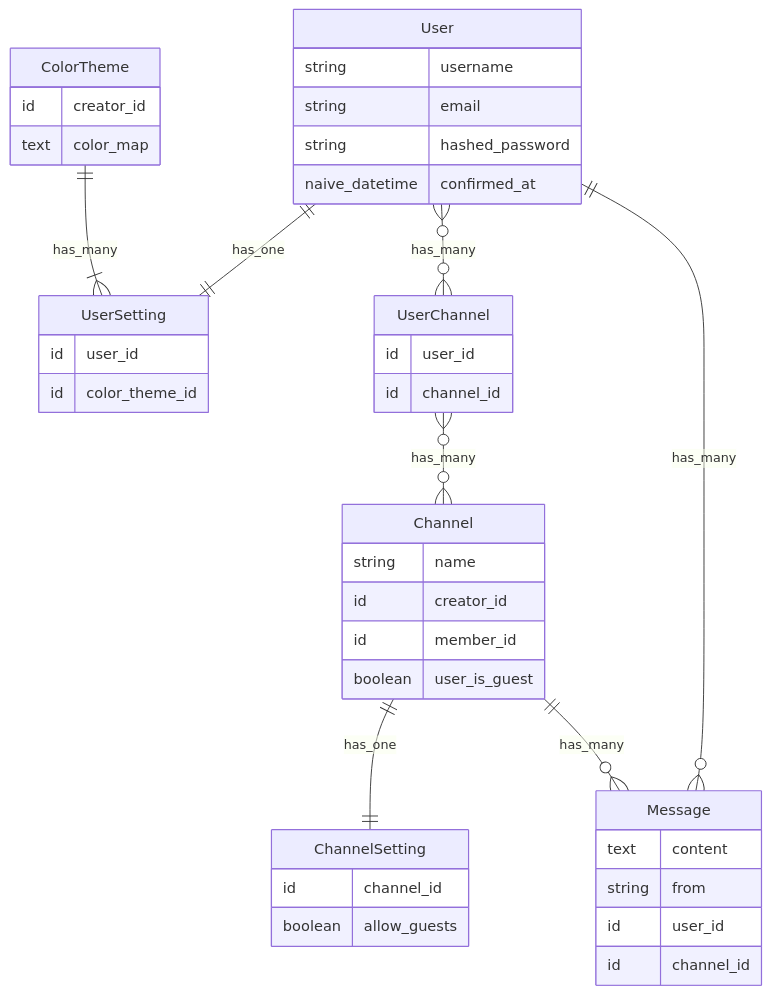
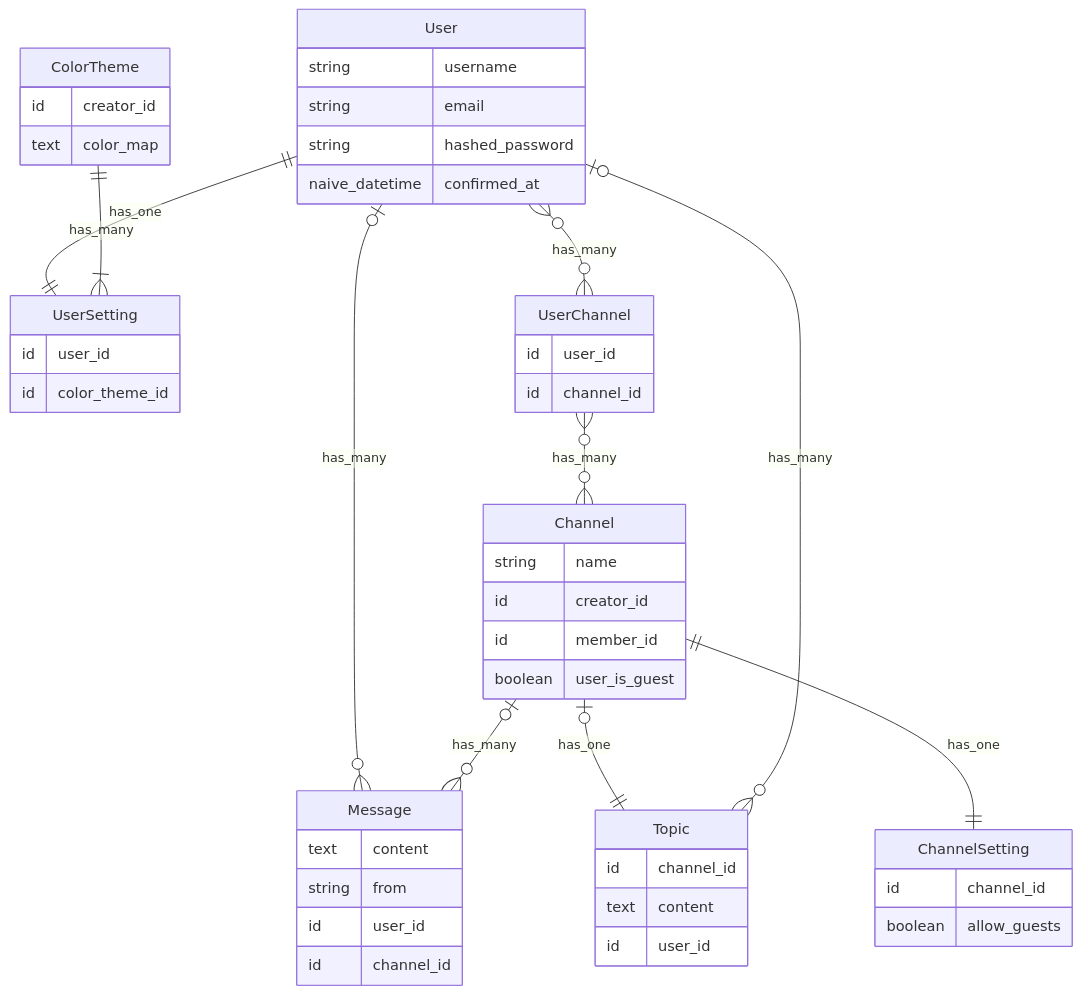
The diagram in README.md (phaleth/weex-chat), drawn with Mermaid before and after one commit.

Commit message:
ERD: Add topics table and make the relationships more loose

````diff
--- a/README.md
+++ b/README.md
@@ -43,52 +43,60 @@
 ```mermaid
 erDiagram
 
 Message {
   text content
   string from
   id user_id
   id channel_id
 }
 
 Channel {
   string name
   id creator_id
   id member_id
   boolean user_is_guest
 }
 
 ChannelSetting {
   id channel_id
   boolean allow_guests
+}
+
+Topic {
+  id channel_id
+  text content
+  id user_id
 }
 
 User {
   string username
   string email
   string hashed_password
   naive_datetime confirmed_at
 }
 
 UserSetting {
   id user_id
   id color_theme_id
 }
 
 ColorTheme {
   id creator_id
   text color_map
 }
 
 UserChannel {
   id user_id
   id channel_id
 }
 
-User ||--O{ Message : "has_many"
+User |O--O{ Message : "has_many"
 User }O--O{ UserChannel : "has_many"
 UserChannel }O--O{ Channel : "has_many"
+Channel |O--|| Topic : "has_one"
+User |O--O{ Topic : "has_many"
 User ||--|| UserSetting : "has_one"
-Channel ||--O{ Message : "has_many"
+Channel |O--O{ Message : "has_many"
 Channel ||--|| ChannelSetting : "has_one"
 ColorTheme ||--|{ UserSetting : "has_many"
 ```
````
